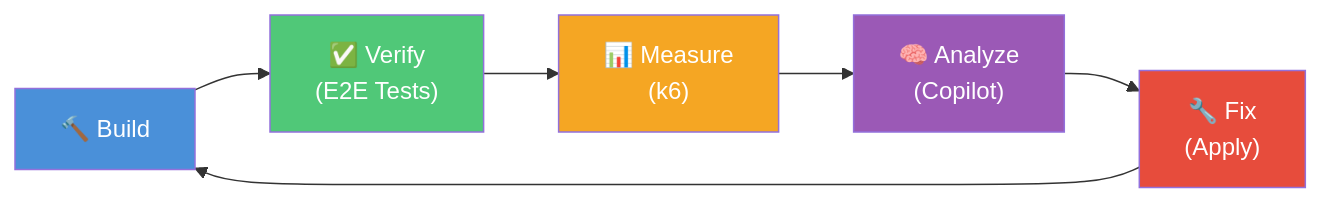
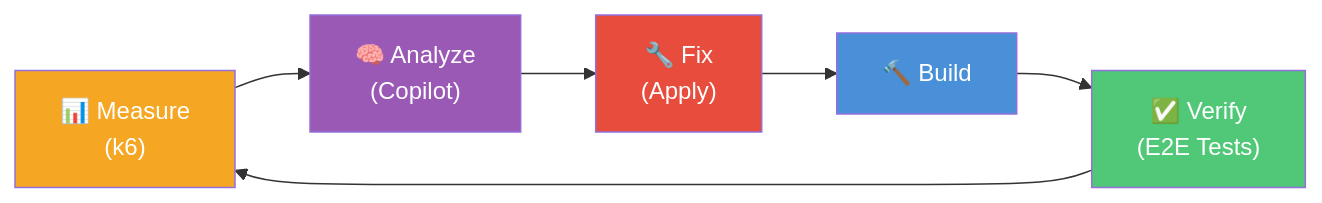
One commit to J-Bax/Hone changed the diagram in README.md. Above: the diagram before and after it, drawn with Mermaid. The commit also changed 1 other file, not shown here.

Commit message:
docs: reorder loop to Measure-first (MeasureCompareAnalyzeFixBuildVerifyPublish)
The conceptual starting point is measurement, not analysis  iteration 1
has nothing to analyze until performance has been measured. Updated both
the README cycle diagram and the architecture iteration flow.

````diff
--- a/README.md
+++ b/README.md
@@ -7,14 +7,14 @@
 ```mermaid
 graph LR
-    BUILD["🔨 Build"] --> VERIFY["✅ Verify<br/>(E2E Tests)"]
-    VERIFY --> MEASURE["📊 Measure<br/>(k6)"]
-    MEASURE --> ANALYZE["🧠 Analyze<br/>(Copilot)"]
+    MEASURE["📊 Measure<br/>(k6)"] --> ANALYZE["🧠 Analyze<br/>(Copilot)"]
     ANALYZE --> FIX["🔧 Fix<br/>(Apply)"]
-    FIX --> BUILD
+    FIX --> BUILD["🔨 Build"]
+    BUILD --> VERIFY["✅ Verify<br/>(E2E Tests)"]
+    VERIFY --> MEASURE
 
-    style BUILD fill:#4a90d9,color:#fff
-    style VERIFY fill:#50c878,color:#fff
     style MEASURE fill:#f5a623,color:#fff
     style ANALYZE fill:#9b59b6,color:#fff
     style FIX fill:#e74c3c,color:#fff
+    style BUILD fill:#4a90d9,color:#fff
+    style VERIFY fill:#50c878,color:#fff
 ```
````
